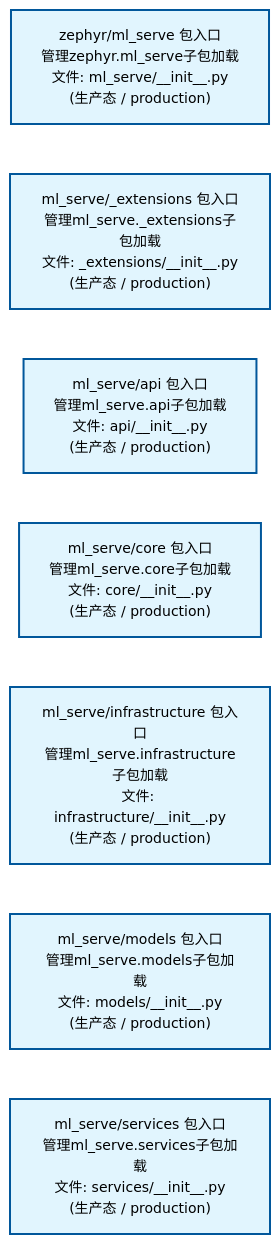
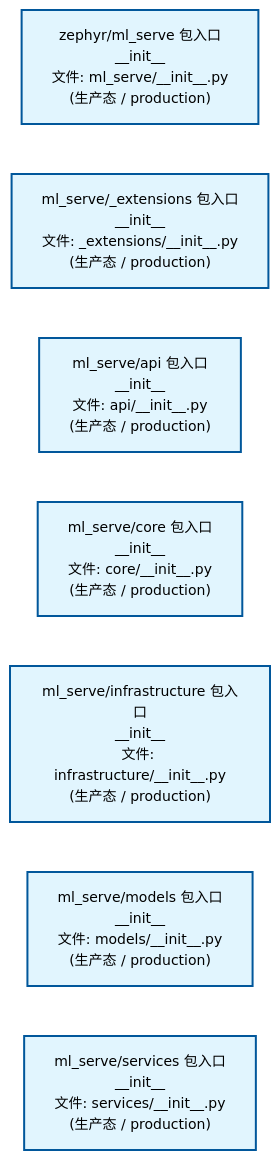
The second of 2 diagrams in docs/02_enterprise_architecture/02_domain_architecture_docs/60_d_ml_serve.md (xuanFelixVan/ZephyrAlpha), drawn with Mermaid before and after one commit. The commit also changed other lines of this file and 56 other files, not shown here.

````diff
--- a/docs/02_enterprise_architecture/02_domain_architecture_docs/60_d_ml_serve.md
+++ b/docs/02_enterprise_architecture/02_domain_architecture_docs/60_d_ml_serve.md
@@ -80,22 +80,22 @@
 ```mermaid
 %%{init: {'theme': 'base', 'themeVariables': {'primaryColor': '#eaeaea', 'primaryTextColor': '#333333', 'primaryBorderColor': '#666666', 'lineColor': '#666666', 'secondaryColor': '#eaeaea', 'tertiaryColor': '#eaeaea', 'fontSize': '14px'}}}%%
 flowchart TD
-    src_zephyr_ml_serve_init_py["zephyr/ml_serve 包入口<br/>管理zephyr.ml_serve子包加载<br/>文件: ml_serve/__init__.py<br/>(生产态 / production)"]
-    src_zephyr_ml_serve_extensions_init_py["ml_serve/_extensions 包入口<br/>管理ml_serve._extensions子包加载<br/>文件: _extensions/__init__.py<br/>(生产态 / production)"]
-    src_zephyr_ml_serve_api_init_py["ml_serve/api 包入口<br/>管理ml_serve.api子包加载<br/>文件: api/__init__.py<br/>(生产态 / production)"]
-    src_zephyr_ml_serve_core_init_py["ml_serve/core 包入口<br/>管理ml_serve.core子包加载<br/>文件: core/__init__.py<br/>(生产态 / production)"]
-    src_zephyr_ml_serve_infrastructure_init_py["ml_serve/infrastructure 包入口<br/>管理ml_serve.infrastructure子包加载<br/>文件: infrastructure/__init__.py<br/>(生产态 / production)"]
-    src_zephyr_ml_serve_models_init_py["ml_serve/models 包入口<br/>管理ml_serve.models子包加载<br/>文件: models/__init__.py<br/>(生产态 / production)"]
-    src_zephyr_ml_serve_services_init_py["ml_serve/services 包入口<br/>管理ml_serve.services子包加载<br/>文件: services/__init__.py<br/>(生产态 / production)"]
+    src_zephyr_ml_serve_init_py["zephyr/ml_serve 包入口<br/>__init__<br/>文件: ml_serve/__init__.py<br/>(生产态 / production)"]
+    src_zephyr_ml_serve_extensions_init_py["ml_serve/_extensions 包入口<br/>__init__<br/>文件: _extensions/__init__.py<br/>(生产态 / production)"]
+    src_zephyr_ml_serve_api_init_py["ml_serve/api 包入口<br/>__init__<br/>文件: api/__init__.py<br/>(生产态 / production)"]
+    src_zephyr_ml_serve_core_init_py["ml_serve/core 包入口<br/>__init__<br/>文件: core/__init__.py<br/>(生产态 / production)"]
+    src_zephyr_ml_serve_infrastructure_init_py["ml_serve/infrastructure 包入口<br/>__init__<br/>文件: infrastructure/__init__.py<br/>(生产态 / production)"]
+    src_zephyr_ml_serve_models_init_py["ml_serve/models 包入口<br/>__init__<br/>文件: models/__init__.py<br/>(生产态 / production)"]
+    src_zephyr_ml_serve_services_init_py["ml_serve/services 包入口<br/>__init__<br/>文件: services/__init__.py<br/>(生产态 / production)"]
     src_zephyr_ml_serve_init_py ~~~ src_zephyr_ml_serve_extensions_init_py
     src_zephyr_ml_serve_extensions_init_py ~~~ src_zephyr_ml_serve_api_init_py
     src_zephyr_ml_serve_api_init_py ~~~ src_zephyr_ml_serve_core_init_py
     src_zephyr_ml_serve_core_init_py ~~~ src_zephyr_ml_serve_infrastructure_init_py
     src_zephyr_ml_serve_infrastructure_init_py ~~~ src_zephyr_ml_serve_models_init_py
     src_zephyr_ml_serve_models_init_py ~~~ src_zephyr_ml_serve_services_init_py
     classDef production fill:#e1f5fe,stroke:#01579b,stroke-width:2px,color:#000
     classDef design fill:#fff3e0,stroke:#e65100,stroke-width:2px,color:#000,stroke-dasharray: 5 5
     classDef external_prod fill:#e8f4fd,stroke:#0277bd,stroke-width:1px,color:#000
     classDef external_design fill:#fff8e7,stroke:#ef6c00,stroke-width:1px,color:#000,stroke-dasharray: 5 5
     class src_zephyr_ml_serve_init_py,src_zephyr_ml_serve_extensions_init_py,src_zephyr_ml_serve_api_init_py,src_zephyr_ml_serve_core_init_py,src_zephyr_ml_serve_infrastructure_init_py,src_zephyr_ml_serve_models_init_py,src_zephyr_ml_serve_services_init_py production
 ```
````
